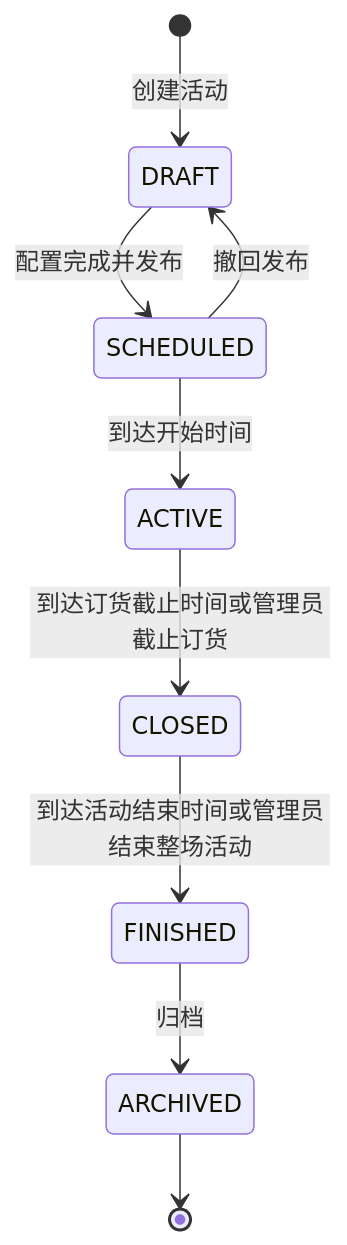
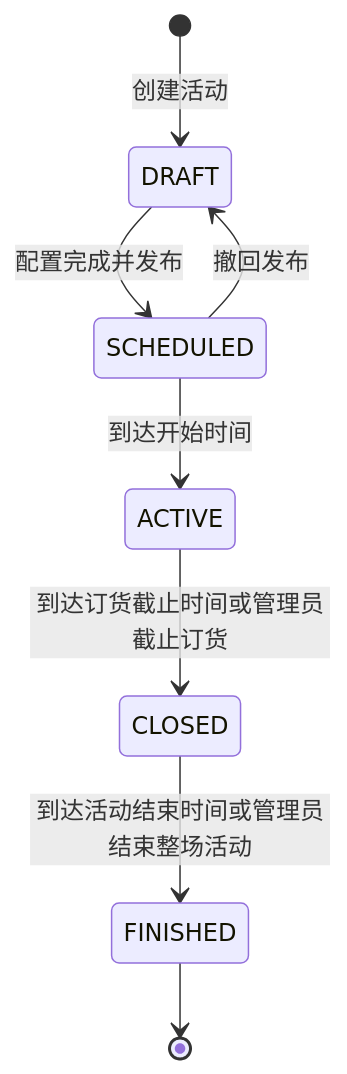
The first of 9 diagrams in docs/design/04-state-machines.md (ChenWang08/ordershow), drawn with Mermaid before and after one commit. The commit also changed other lines of this file and 39 other files, not shown here.

````diff
--- a/docs/design/04-state-machines.md
+++ b/docs/design/04-state-machines.md
@@ -13,11 +13,10 @@
 ```mermaid
 stateDiagram-v2
   [*] --> DRAFT: 创建活动
   DRAFT --> SCHEDULED: 配置完成并发布
   SCHEDULED --> DRAFT: 撤回发布
   SCHEDULED --> ACTIVE: 到达开始时间
   ACTIVE --> CLOSED: 到达订货截止时间或管理员截止订货
   CLOSED --> FINISHED: 到达活动结束时间或管理员结束整场活动
-  FINISHED --> ARCHIVED: 归档
-  ARCHIVED --> [*]
+  FINISHED --> [*]
 ```
````
